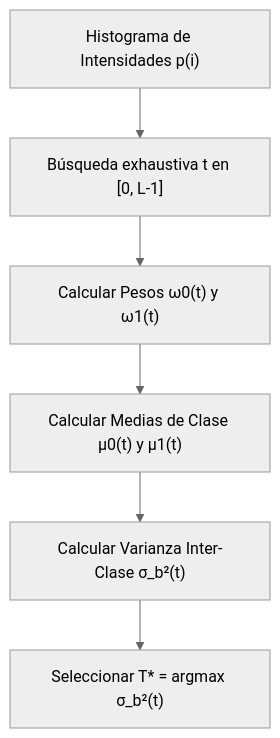
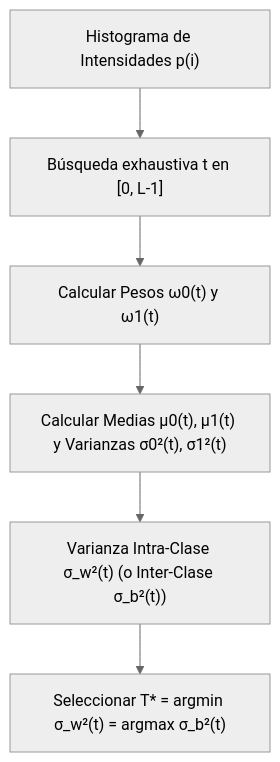
The fifth of 6 diagrams in Tema 2/1. Representacion y Filtrado.md (DanielChicoUGR/VC_APUNTES), drawn with Mermaid (neutral theme) before and after one commit. The commit also changed other lines of this file and 10 other files, not shown here.

````diff
--- a/Tema 2/1. Representacion y Filtrado.md
+++ b/Tema 2/1. Representacion y Filtrado.md
@@ -286,8 +442,8 @@
 ```mermaid
 flowchart TD
     A["Histograma de Intensidades p(i)"] --> B["Búsqueda exhaustiva t en [0, L-1]"]
     B --> C["Calcular Pesos ω0(t) y ω1(t)"]
-    C --> D["Calcular Medias de Clase μ0(t) y μ1(t)"]
-    D --> E["Calcular Varianza Inter-Clase σ_b²(t)"]
-    E --> F["Seleccionar T* = argmax σ_b²(t)"]
+    C --> D["Calcular Medias μ0(t), μ1(t) y Varianzas σ0²(t), σ1²(t)"]
+    D --> E["Varianza Intra-Clase σ_w²(t) (o Inter-Clase σ_b²(t))"]
+    E --> F["Seleccionar T* = argmin σ_w²(t) = argmax σ_b²(t)"]
 ```
````
